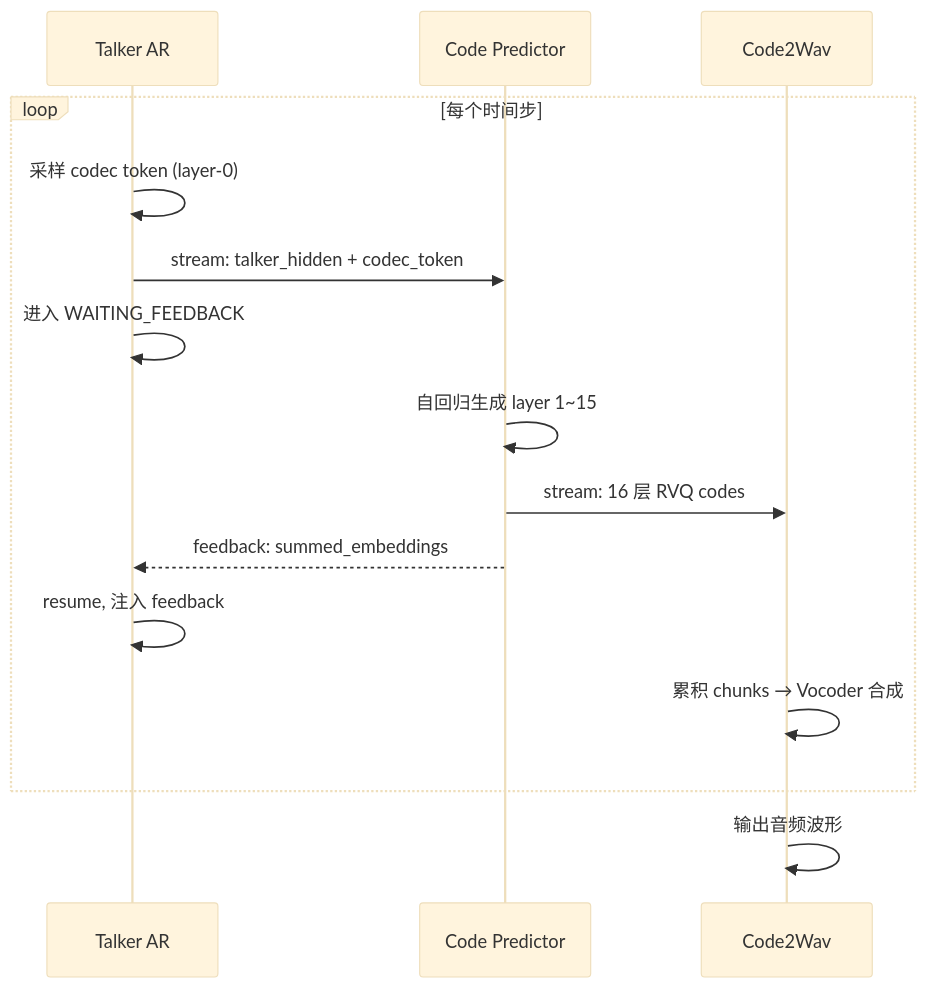
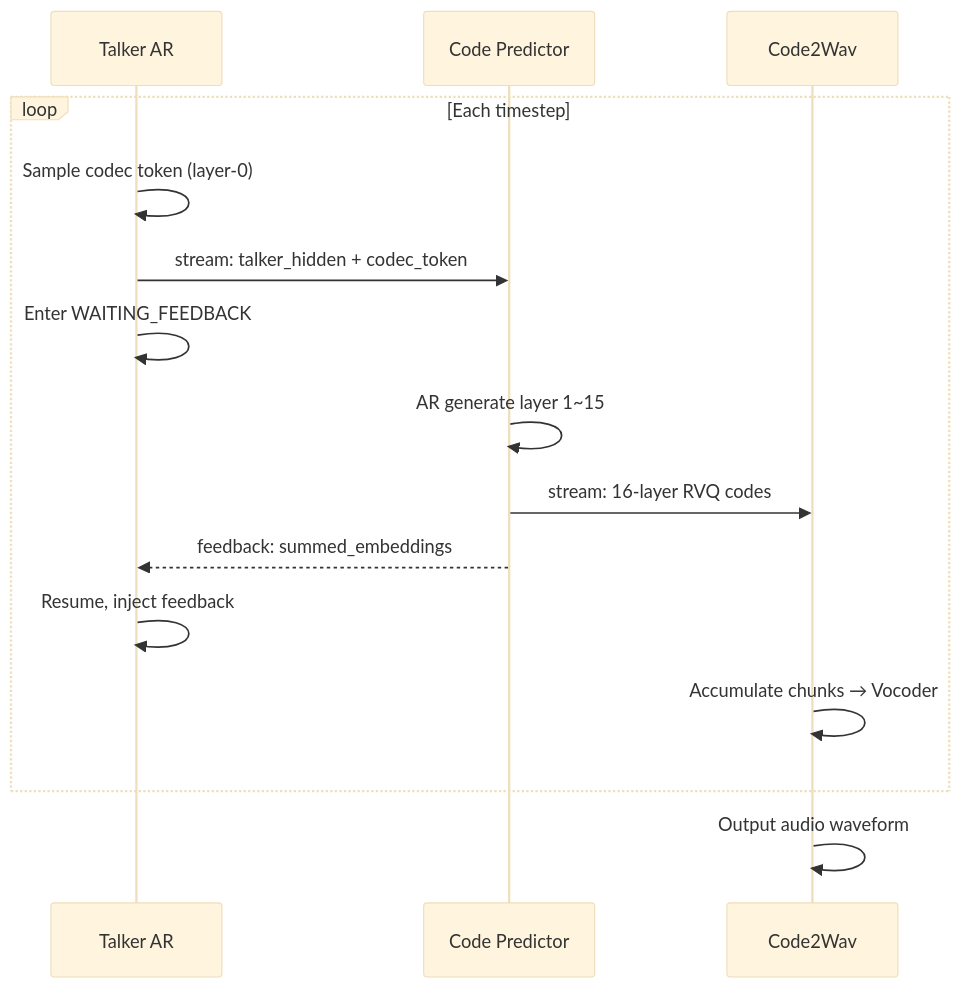
One commit to zhaochenyang20/Awesome-ML-SYS-Tutorial changed the fifth of 31 diagrams in sglang/sglang-omni/README.md. Above: the diagram before and after it, drawn with Mermaid (base theme). The commit also changed other lines of this file, not shown here.

First line of the commit message:
style: use English in all Mermaid diagrams, fix broken links, simplify oversized charts

````diff
--- a/sglang/sglang-omni/README.md
+++ b/sglang/sglang-omni/README.md
@@ -199,21 +199,21 @@
 ```mermaid
 sequenceDiagram
     participant T as Talker AR
     participant C as Code Predictor
     participant W as Code2Wav
 
-    loop 每个时间步
-        T->>T: 采样 codec token (layer-0)
+    loop Each timestep
+        T->>T: Sample codec token (layer-0)
         T->>C: stream: talker_hidden + codec_token
-        T->>T: 进入 WAITING_FEEDBACK
+        T->>T: Enter WAITING_FEEDBACK
 
-        C->>C: 自回归生成 layer 1~15
-        C->>W: stream: 16 层 RVQ codes
+        C->>C: AR generate layer 1~15
+        C->>W: stream: 16-layer RVQ codes
         C-->>T: feedback: summed_embeddings
 
-        T->>T: resume, 注入 feedback
-        W->>W: 累积 chunks → Vocoder 合成
+        T->>T: Resume, inject feedback
+        W->>W: Accumulate chunks → Vocoder
     end
 
-    W->>W: 输出音频波形
+    W->>W: Output audio waveform
 ```
````
